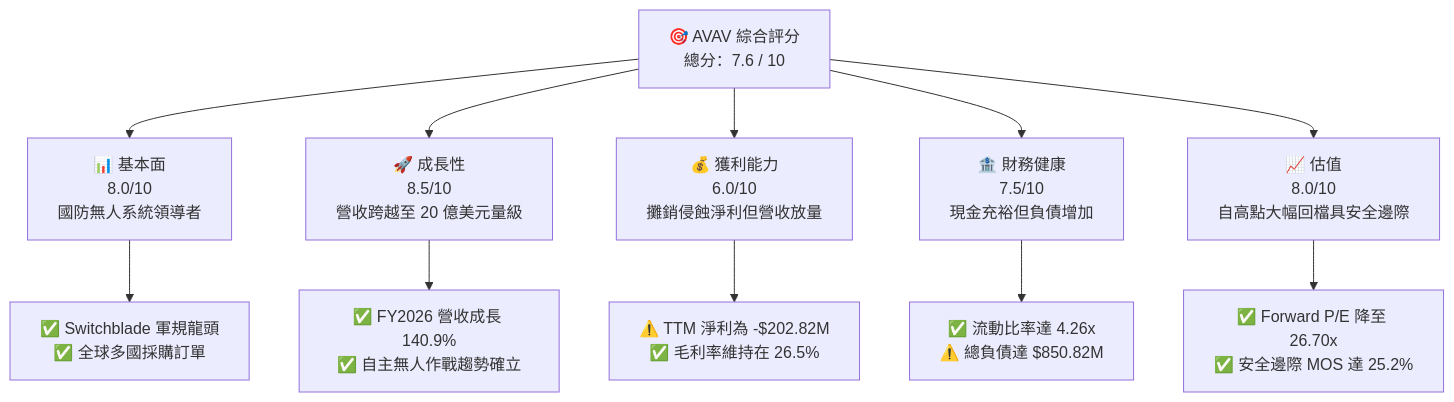
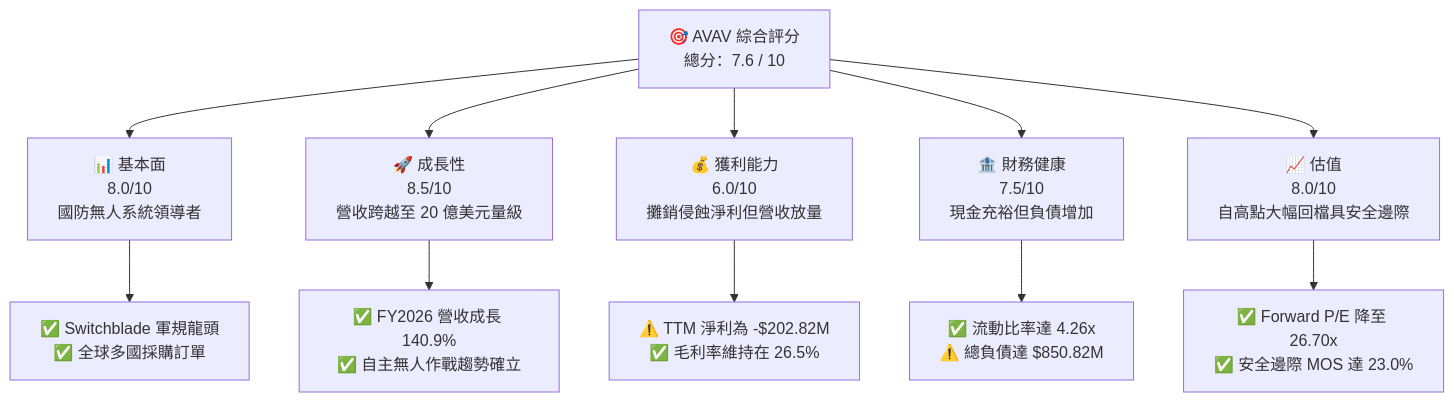
The first of 15 diagrams in ai_gen_report/fundamental/avav/fundamental_analysis_2026-10-19_gemini.md (yennanliu/finance_data), drawn with Mermaid before and after one commit. The commit also changed other lines of this file and 339 other files, not shown here.

````diff
--- a/ai_gen_report/fundamental/avav/fundamental_analysis_2026-10-19_gemini.md
+++ b/ai_gen_report/fundamental/avav/fundamental_analysis_2026-10-19_gemini.md
@@ -58,22 +65,22 @@
 ```mermaid
 graph TD
     TICKER["🎯 AVAV 綜合評分<br/>總分：7.6 / 10"]
 
     F["📊 基本面<br/>8.0/10<br/>國防無人系統領導者"]
     G["🚀 成長性<br/>8.5/10<br/>營收跨越至 20 億美元量級"]
     P["💰 獲利能力<br/>6.0/10<br/>攤銷侵蝕淨利但營收放量"]
     B["🏦 財務健康<br/>7.5/10<br/>現金充裕但負債增加"]
     V["📈 估值<br/>8.0/10<br/>自高點大幅回檔具安全邊際"]
 
     TICKER --> F
     TICKER --> G
     TICKER --> P
     TICKER --> B
     TICKER --> V
 
     F --> F1["✅ Switchblade 軍規龍頭<br/>✅ 全球多國採購訂單"]
     G --> G1["✅ FY2026 營收成長 140.9%<br/>✅ 自主無人作戰趨勢確立"]
     P --> P1["⚠️ TTM 淨利為 -$202.82M<br/>✅ 毛利率維持在 26.5%"]
     B --> B1["✅ 流動比率達 4.26x<br/>⚠️ 總負債達 $850.82M"]
-    V --> V1["✅ Forward P/E 降至 26.70x<br/>✅ 安全邊際 MOS 達 25.2%"]
+    V --> V1["✅ Forward P/E 降至 26.70x<br/>✅ 安全邊際 MOS 達 23.0%"]
 ```
````
